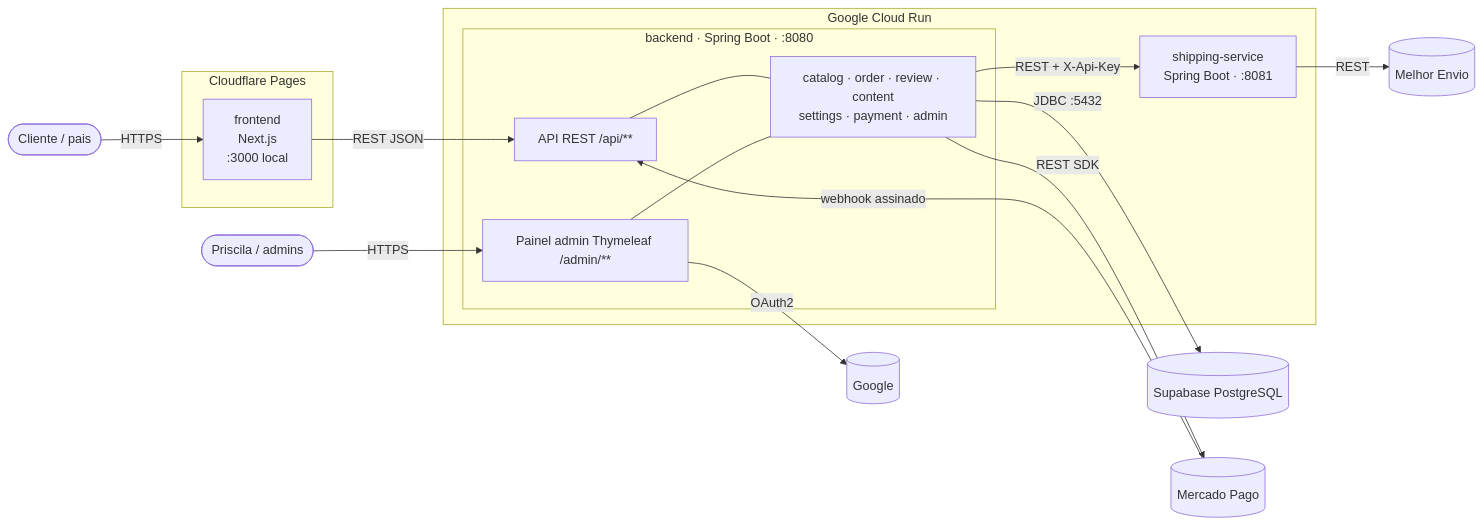
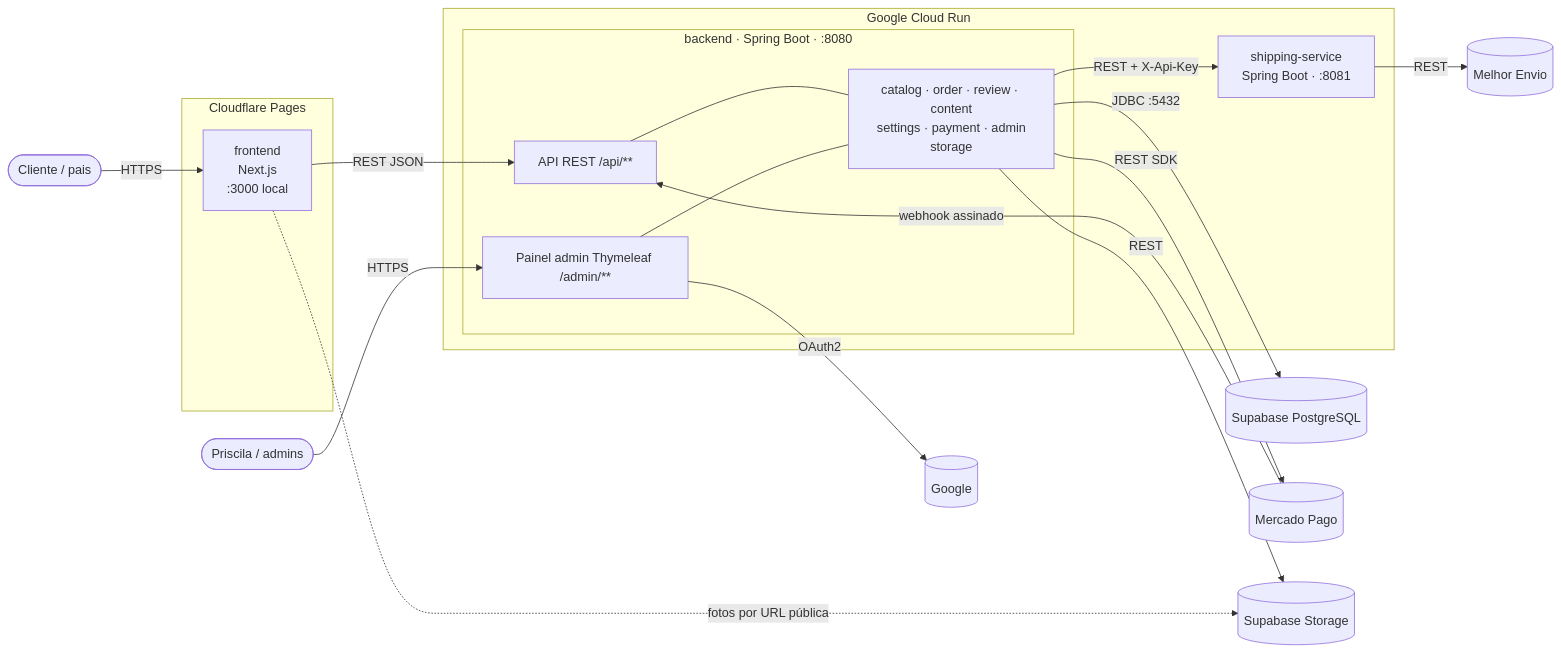
Before and after one commit to gabribaruelc/ASOBI: the first of 8 diagrams in docs/arquitetura.md, drawn with Mermaid. The commit also changed other lines of this file and 34 other files, not shown here.

First line of the commit message:
feat(catalog): product photos with Supabase Storage

````diff
--- a/docs/arquitetura.md
+++ b/docs/arquitetura.md
@@ -177,28 +177,30 @@
 ```mermaid
 flowchart LR
     cliente([Cliente / pais]) -->|HTTPS| loja
     priscila([Priscila / admins]) -->|HTTPS| painel
 
     subgraph CF[Cloudflare Pages]
         loja[frontend<br/>Next.js<br/>:3000 local]
     end
 
     subgraph CR[Google Cloud Run]
         subgraph BE[backend · Spring Boot · :8080]
             api[API REST /api/**]
             painel[Painel admin Thymeleaf /admin/**]
-            mods[catalog · order · review · content<br/>settings · payment · admin]
+            mods[catalog · order · review · content<br/>settings · payment · admin<br/>storage]
         end
         ship[shipping-service<br/>Spring Boot · :8081]
     end
 
     loja -->|REST JSON| api
     api --- mods
     painel --- mods
     mods -->|REST + X-Api-Key| ship
     ship -->|REST| ME[(Melhor Envio)]
     mods -->|JDBC :5432| DB[(Supabase PostgreSQL)]
     mods -->|REST SDK| MP[(Mercado Pago)]
+    mods -->|REST| ST[(Supabase Storage)]
+    loja -.->|fotos por URL pública| ST
     MP -->|webhook assinado| api
     painel -->|OAuth2| G[(Google)]
 ```
````
